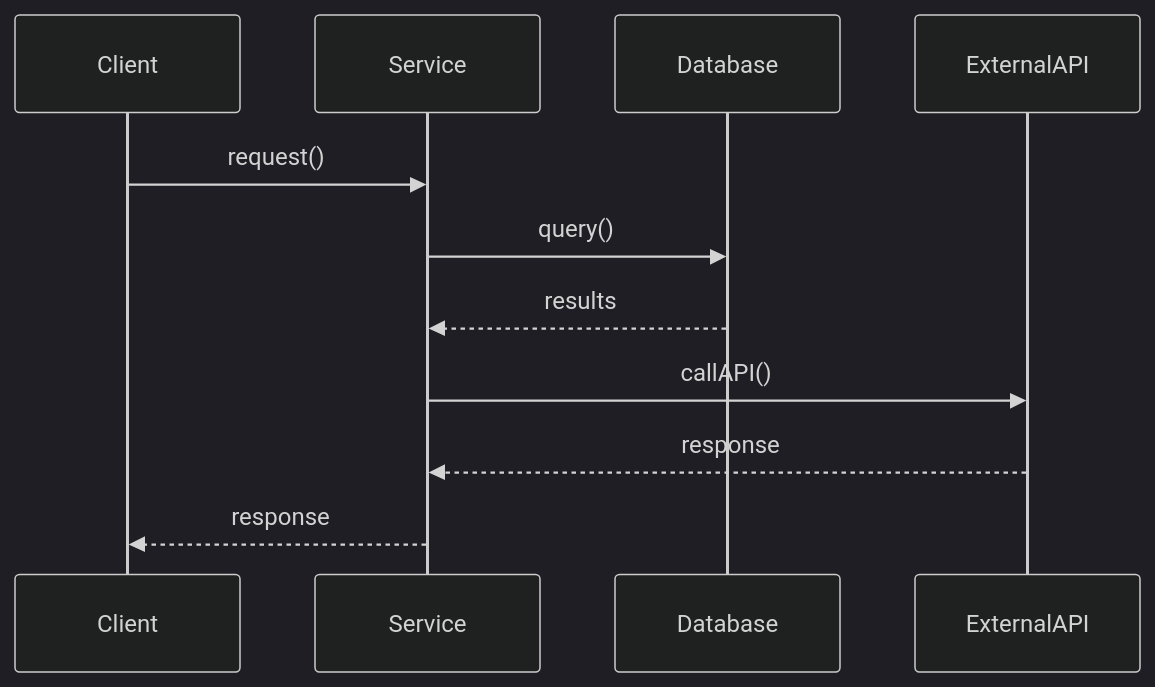
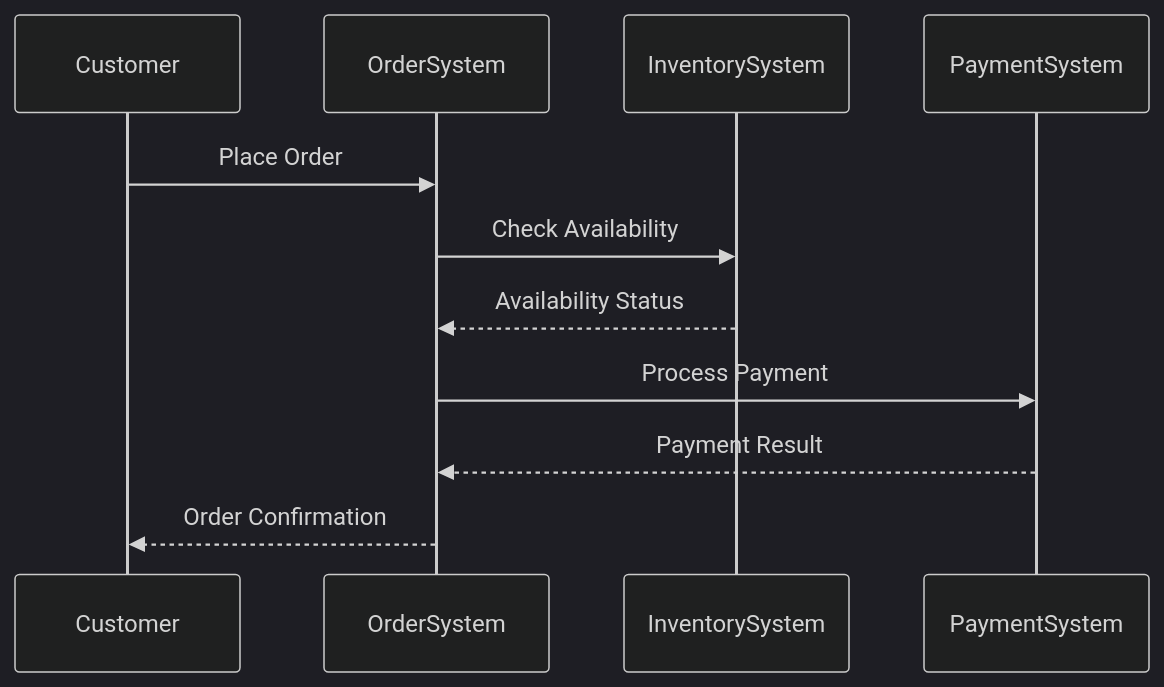
Before and after one commit to DauQuangThanh/hanoi-rainbow: the first of 5 diagrams in skills/pseudocode-to-specification/references/mermaid-diagrams.md, drawn with Mermaid (dark theme). The commit also changed other lines of this file and 3 other files, not shown here.

````diff
--- a/skills/pseudocode-to-specification/references/mermaid-diagrams.md
+++ b/skills/pseudocode-to-specification/references/mermaid-diagrams.md
@@ -40,14 +39,14 @@
 ```mermaid
 sequenceDiagram
-    participant Client
-    participant Service
-    participant Database
-    participant ExternalAPI
+    participant Customer
+    participant OrderSystem
+    participant InventorySystem
+    participant PaymentSystem
     
-    Client->>Service: request()
-    Service->>Database: query()
-    Database-->>Service: results
-    Service->>ExternalAPI: callAPI()
-    ExternalAPI-->>Service: response
-    Service-->>Client: response
+    Customer->>OrderSystem: Place Order
+    OrderSystem->>InventorySystem: Check Availability
+    InventorySystem-->>OrderSystem: Availability Status
+    OrderSystem->>PaymentSystem: Process Payment
+    PaymentSystem-->>OrderSystem: Payment Result
+    OrderSystem-->>Customer: Order Confirmation
 ```
````
